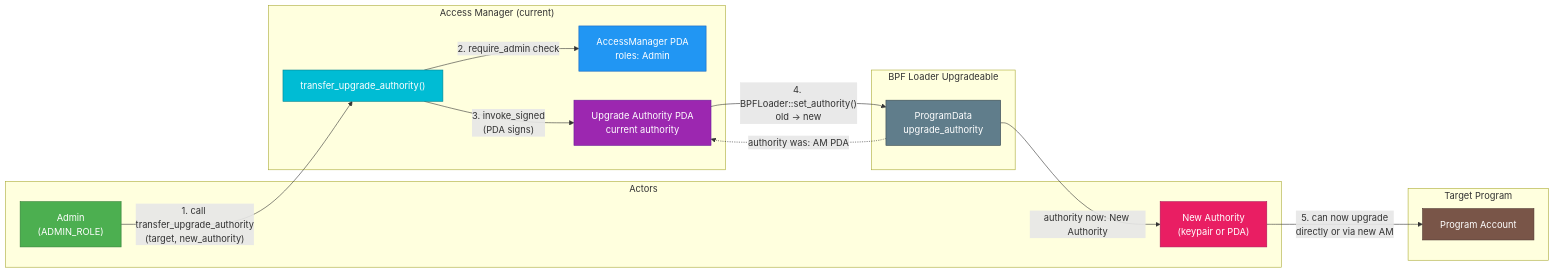
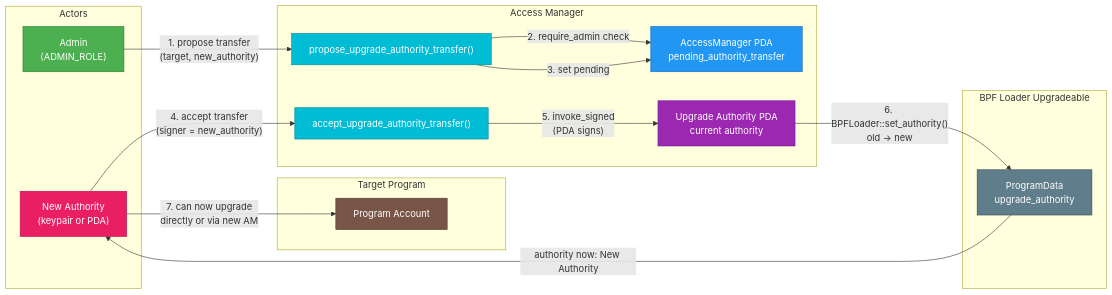
Before and after one commit to cosmos/solidity-ibc-eureka: the second of 2 diagrams in programs/solana/programs/access-manager/README.md, drawn with Mermaid. The commit also changed other lines of this file and 21 other files, not shown here.

First line of the commit message:
feat(solana/access-manager): two-step propose/accept upgrade authority transfer

````diff
--- a/programs/solana/programs/access-manager/README.md
+++ b/programs/solana/programs/access-manager/README.md
@@ -113,37 +122,39 @@
 ```mermaid
 graph LR
     subgraph Actors
         Admin["Admin\n(ADMIN_ROLE)"]:::admin
         NewAuth["New Authority\n(keypair or PDA)"]:::newauth
     end
 
-    subgraph AM_A["Access Manager (current)"]
-        AM_State_A["AccessManager PDA\nroles: Admin"]:::am
-        UA_PDA_A["Upgrade Authority PDA\ncurrent authority"]:::pda
-        TX_IX["transfer_upgrade_authority()"]:::ix
+    subgraph AM["Access Manager"]
+        AM_State["AccessManager PDA\npending_authority_transfer"]:::am
+        UA_PDA["Upgrade Authority PDA\ncurrent authority"]:::pda
+        PROPOSE["propose_upgrade_authority_transfer()"]:::ix
+        ACCEPT["accept_upgrade_authority_transfer()"]:::ix
     end
 
     subgraph BPFLoader["BPF Loader Upgradeable"]
         PD["ProgramData\nupgrade_authority"]:::bpf
     end
 
     subgraph Target["Target Program"]
         Program["Program Account"]:::target
     end
 
-    Admin -->|"1. call transfer_upgrade_authority\n(target, new_authority)"| TX_IX
-    TX_IX -->|"2. require_admin check"| AM_State_A
-    TX_IX -->|"3. invoke_signed\n(PDA signs)"| UA_PDA_A
-    UA_PDA_A -->|"4. BPFLoader::set_authority()\nold -> new"| PD
-    PD -.->|"authority was: AM PDA"| UA_PDA_A
+    Admin -->|"1. propose transfer\n(target, new_authority)"| PROPOSE
+    PROPOSE -->|"2. require_admin check"| AM_State
+    PROPOSE -->|"3. set pending"| AM_State
+    NewAuth -->|"4. accept transfer\n(signer = new_authority)"| ACCEPT
+    ACCEPT -->|"5. invoke_signed\n(PDA signs)"| UA_PDA
+    UA_PDA -->|"6. BPFLoader::set_authority()\nold -> new"| PD
     PD -->|"authority now: New Authority"| NewAuth
-    NewAuth -->|"5. can now upgrade\ndirectly or via new AM"| Program
+    NewAuth -->|"7. can now upgrade\ndirectly or via new AM"| Program
 
     classDef admin fill:#4CAF50,stroke:#2E7D32,color:#fff
     classDef newauth fill:#E91E63,stroke:#AD1457,color:#fff
     classDef am fill:#2196F3,stroke:#1565C0,color:#fff
     classDef pda fill:#9C27B0,stroke:#6A1B9A,color:#fff
     classDef ix fill:#00BCD4,stroke:#00838F,color:#fff
     classDef bpf fill:#607D8B,stroke:#37474F,color:#fff
     classDef target fill:#795548,stroke:#4E342E,color:#fff
 ```
````
